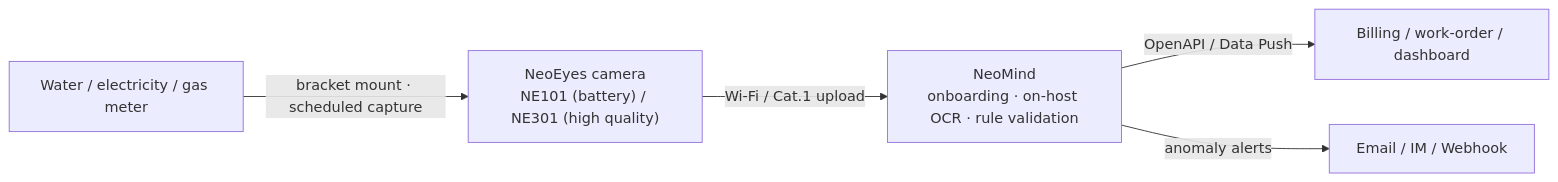
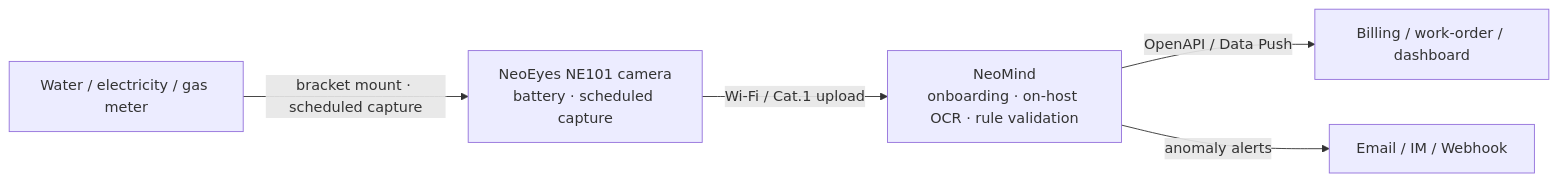
One commit to camthink-ai/wiki-documents changed the diagram in i18n/en/docusaurus-plugin-content-docs/current/4-edge-ai-solutions/1-water-meter-recognition/0-solution-overview.md. Above: the diagram before and after it, drawn with Mermaid. The commit also changed other lines of this file and 9 other files, not shown here.

Commit message:
docs(solutions): water-meter case simplified to NE101-only (drop NE301, zh+en)

````diff
--- a/i18n/en/docusaurus-plugin-content-docs/current/4-edge-ai-solutions/1-water-meter-recognition/0-solution-overview.md
+++ b/i18n/en/docusaurus-plugin-content-docs/current/4-edge-ai-solutions/1-water-meter-recognition/0-solution-overview.md
@@ -17,7 +17,7 @@
 ```mermaid
 flowchart LR
-    M["Water / electricity / gas meter"] -->|bracket mount · scheduled capture| C["NeoEyes camera<br/>NE101 (battery) / NE301 (high quality)"]
+    M["Water / electricity / gas meter"] -->|bracket mount · scheduled capture| C["NeoEyes NE101 camera<br/>battery · scheduled capture"]
     C -->|Wi-Fi / Cat.1 upload| N["NeoMind<br/>onboarding · on-host OCR · rule validation"]
     N -->|OpenAPI / Data Push| B["Billing / work-order / dashboard"]
     N -->|anomaly alerts| U["Email / IM / Webhook"]
 ```
````
